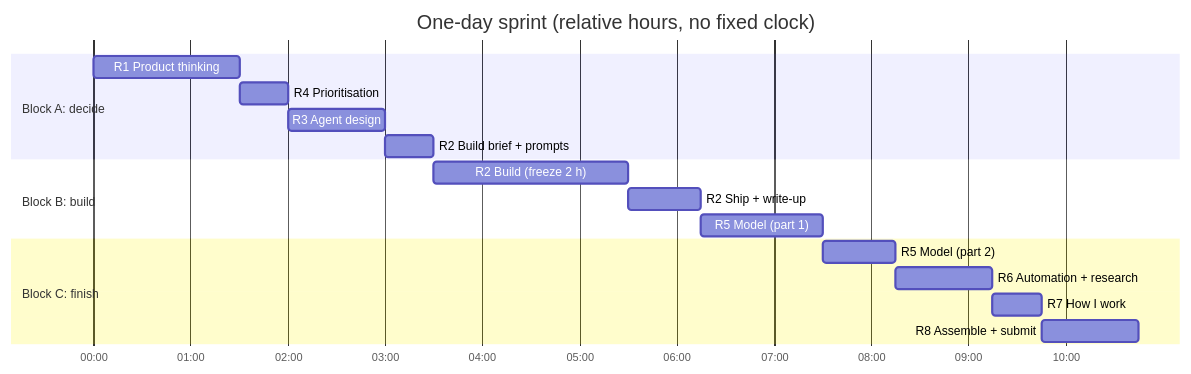
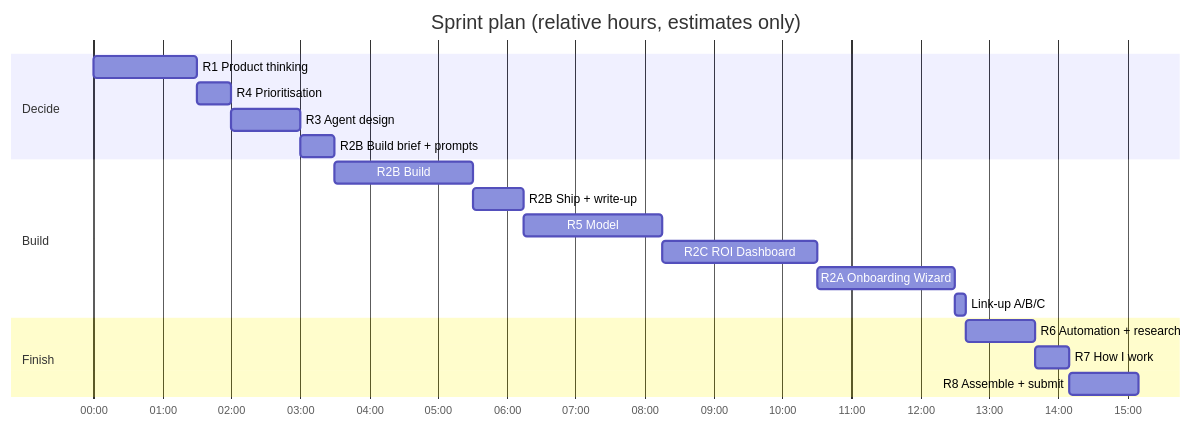
One commit to bhawnamanglapm/Franchise-in-a-Box-OS changed the eighth of 8 diagrams in docs/architecture.md. Above: the diagram before and after it, drawn with Mermaid. The commit also changed other lines of this file and 7 other files, not shown here.

First line of the commit message:
Update README, decisions, architecture and diagrams for three prototypes

````diff
--- a/docs/architecture.md
+++ b/docs/architecture.md
@@ -251,21 +285,23 @@
 ```mermaid
 gantt
-  title One-day sprint (relative hours, no fixed clock)
+  title Sprint plan (relative hours, estimates only)
   dateFormat HH:mm
   axisFormat %H:%M
   todayMarker off
-  section Block A: decide
-  R1 Product thinking      :r1, 00:00, 90m
-  R4 Prioritisation        :r4, after r1, 30m
-  R3 Agent design          :r3, after r4, 60m
-  R2 Build brief + prompts :rb, after r3, 30m
-  section Block B: build
-  R2 Build (freeze 2 h)    :r2, after rb, 120m
-  R2 Ship + write-up       :r2s, after r2, 45m
-  R5 Model (part 1)        :r5, after r2s, 75m
-  section Block C: finish
-  R5 Model (part 2)        :r5b, after r5, 45m
-  R6 Automation + research :r6, after r5b, 60m
-  R7 How I work            :r7, after r6, 30m
-  R8 Assemble + submit     :r8, after r7, 60m
+  section Decide
+  R1 Product thinking        :r1, 00:00, 90m
+  R4 Prioritisation          :r4, after r1, 30m
+  R3 Agent design            :r3, after r4, 60m
+  R2B Build brief + prompts  :rb, after r3, 30m
+  section Build
+  R2B Build                  :r2, after rb, 120m
+  R2B Ship + write-up        :r2s, after r2, 45m
+  R5 Model                   :r5, after r2s, 120m
+  R2C ROI Dashboard          :r2c, after r5, 135m
+  R2A Onboarding Wizard      :r2a, after r2c, 120m
+  Link-up A/B/C              :lk, after r2a, 10m
+  section Finish
+  R6 Automation + research   :r6, after lk, 60m
+  R7 How I work              :r7, after r6, 30m
+  R8 Assemble + submit       :r8, after r7, 60m
 ```
````
